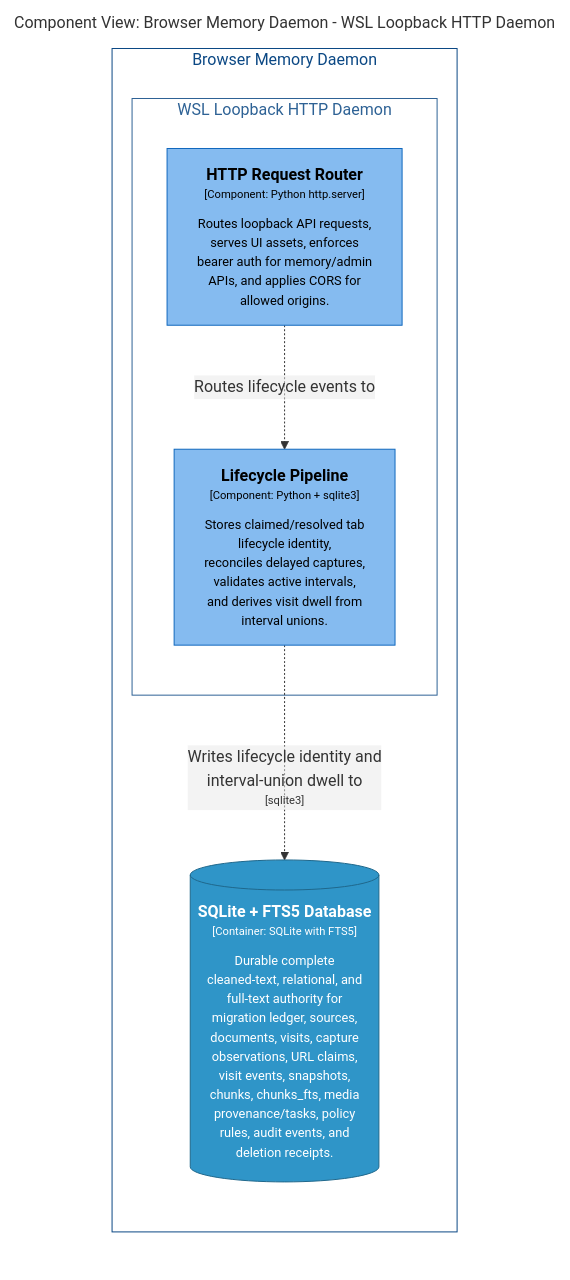
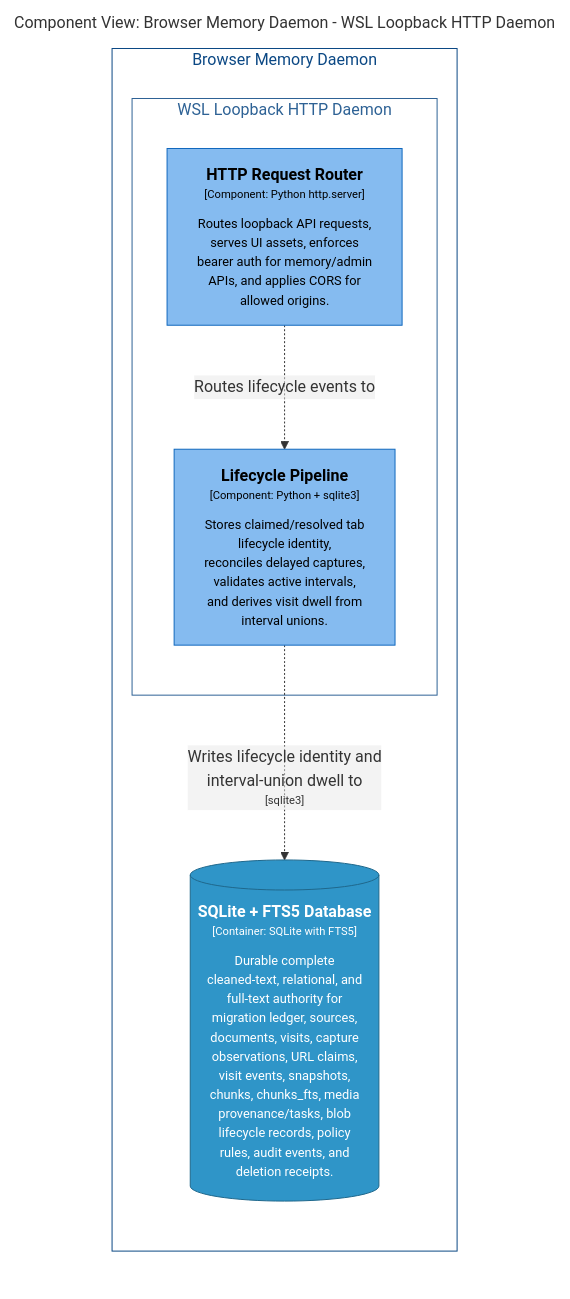
Before and after one commit to michaelnicks0/browser-memory-daemon: the diagram in docs/architecture/diagrams/structurizr-DaemonLifecycleComponents.mmd, drawn with Mermaid. The commit also changed 201 other files, not shown here.

```diff
--- a/docs/architecture/diagrams/structurizr-DaemonLifecycleComponents.mmd
+++ b/docs/architecture/diagrams/structurizr-DaemonLifecycleComponents.mmd
@@ -1,26 +1,26 @@
 graph LR
   linkStyle default fill:#ffffff
 
   subgraph diagram ["Component View: Browser Memory Daemon - WSL Loopback HTTP Daemon"]
     style diagram fill:#ffffff,stroke:#ffffff
 
     subgraph 4 ["Browser Memory Daemon"]
       style 4 fill:#ffffff,stroke:#0b4884,color:#0b4884
 
       subgraph 14 ["WSL Loopback HTTP Daemon"]
         style 14 fill:#ffffff,stroke:#2e6295,color:#2e6295
 
         15["<div style='font-weight: bold'>HTTP Request Router</div><div style='font-size: 70%; margin-top: 0px'>[Component: Python http.server]</div><div style='font-size: 80%; margin-top:10px'>Routes loopback API requests,<br />serves UI assets, enforces<br />bearer auth for memory/admin<br />APIs, and applies CORS for<br />allowed origins.</div>"]
         style 15 fill:#85bbf0,stroke:#1168bd,color:#000000
         20["<div style='font-weight: bold'>Lifecycle Pipeline</div><div style='font-size: 70%; margin-top: 0px'>[Component: Python + sqlite3]</div><div style='font-size: 80%; margin-top:10px'>Stores claimed/resolved tab<br />lifecycle identity,<br />reconciles delayed captures,<br />validates active intervals,<br />and derives visit dwell from<br />interval unions.</div>"]
         style 20 fill:#85bbf0,stroke:#1168bd,color:#000000
       end
 
-      29[("<div style='font-weight: bold'>SQLite + FTS5 Database</div><div style='font-size: 70%; margin-top: 0px'>[Container: SQLite with FTS5]</div><div style='font-size: 80%; margin-top:10px'>Durable complete<br />cleaned-text, relational, and<br />full-text authority for<br />migration ledger, sources,<br />documents, visits, capture<br />observations, URL claims,<br />visit events, snapshots,<br />chunks, chunks_fts, media<br />provenance/tasks, policy<br />rules, audit events, and<br />deletion receipts.</div>")]
-      style 29 fill:#2f95c8,stroke:#20688c,color:#ffffff
+      30[("<div style='font-weight: bold'>SQLite + FTS5 Database</div><div style='font-size: 70%; margin-top: 0px'>[Container: SQLite with FTS5]</div><div style='font-size: 80%; margin-top:10px'>Durable complete<br />cleaned-text, relational, and<br />full-text authority for<br />migration ledger, sources,<br />documents, visits, capture<br />observations, URL claims,<br />visit events, snapshots,<br />chunks, chunks_fts, media<br />provenance/tasks, blob<br />lifecycle records, policy<br />rules, audit events, and<br />deletion receipts.</div>")]
+      style 30 fill:#2f95c8,stroke:#20688c,color:#ffffff
     end
 
     15-. "<div>Routes lifecycle events to</div><div style='font-size: 70%'></div>" .->20
-    20-. "<div>Writes lifecycle identity and<br />interval-union dwell to</div><div style='font-size: 70%'>[sqlite3]</div>" .->29
+    20-. "<div>Writes lifecycle identity and<br />interval-union dwell to</div><div style='font-size: 70%'>[sqlite3]</div>" .->30
 
   end
```
